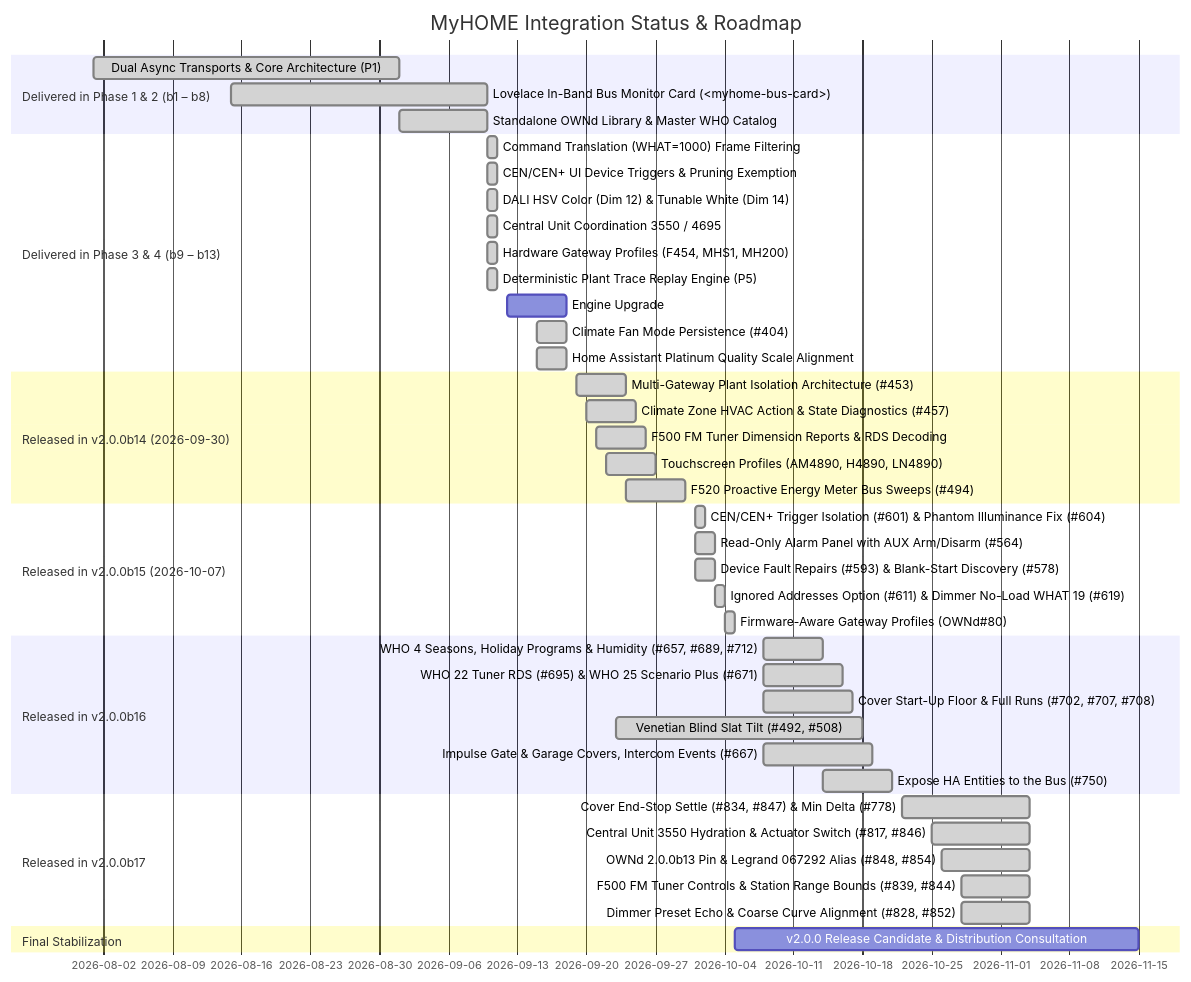
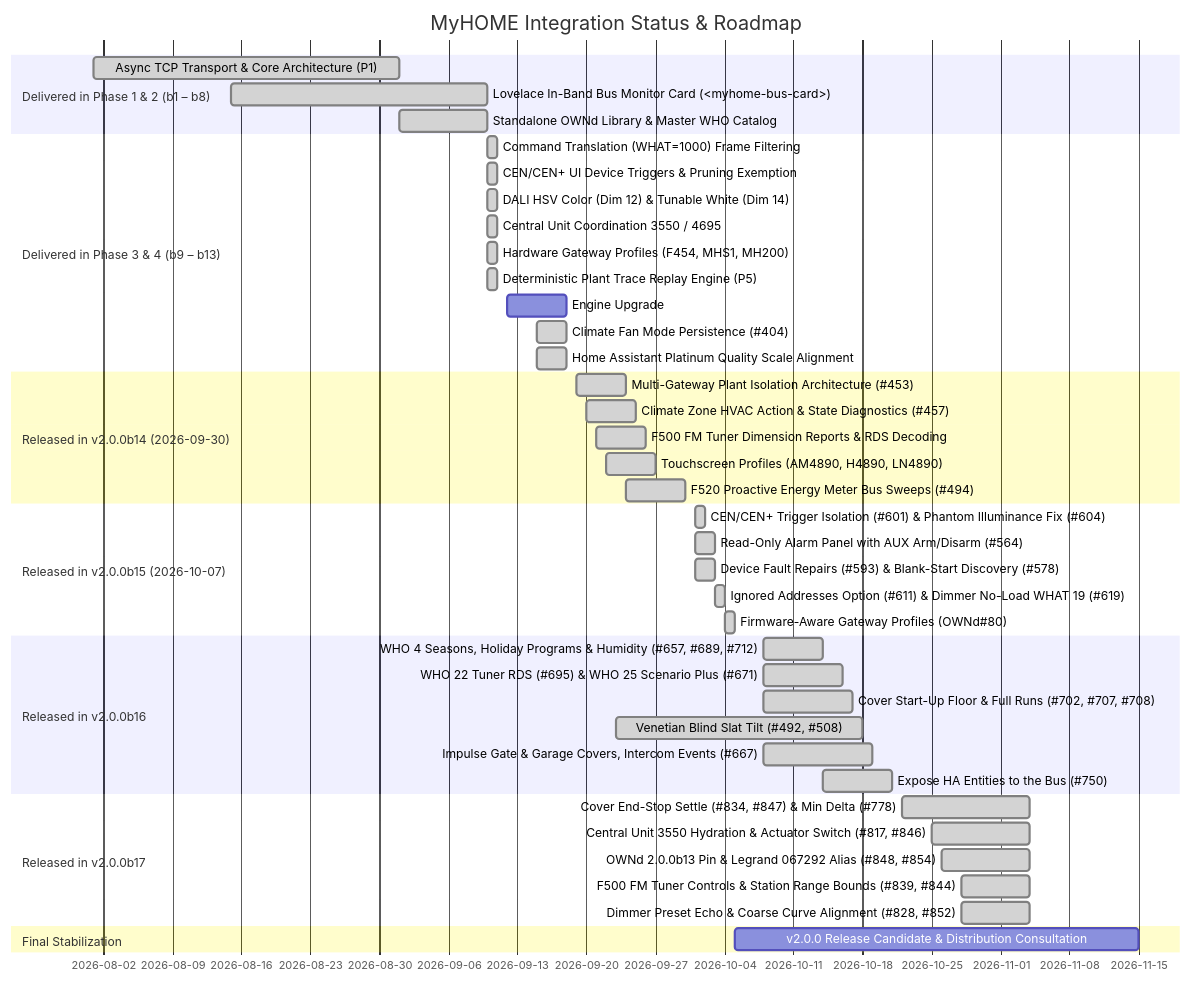
The first of 3 diagrams in docs/roadmap.md (OpenWebNet-HA/MyHOME), drawn with Mermaid before and after one commit. The commit also changed other lines of this file and 49 other files, not shown here.

````diff
--- a/docs/roadmap.md
+++ b/docs/roadmap.md
@@ -17,46 +17,46 @@
 ```mermaid
 gantt
     title MyHOME Integration Status & Roadmap
     dateFormat  YYYY-MM-DD
     section Delivered in Phase 1 & 2 (b1 – b8)
-    Dual Async Transports & Core Architecture (P1)   :done, 2026-08-01, 2026-09-01
+    Async TCP Transport & Core Architecture (P1)     :done, 2026-08-01, 2026-09-01
     Lovelace In-Band Bus Monitor Card (<myhome-bus-card>) :done, 2026-08-15, 2026-09-10
     Standalone OWNd Library & Master WHO Catalog     :done, 2026-09-01, 2026-09-10
     section Delivered in Phase 3 & 4 (b9 – b13)
     Command Translation (WHAT=1000) Frame Filtering   :done, 2026-09-10, 2026-09-11
     CEN/CEN+ UI Device Triggers & Pruning Exemption  :done, 2026-09-10, 2026-09-11
     DALI HSV Color (Dim 12) & Tunable White (Dim 14) :done, 2026-09-10, 2026-09-11
     Central Unit Coordination 3550 / 4695            :done, 2026-09-10, 2026-09-11
     Hardware Gateway Profiles (F454, MHS1, MH200)   :done, 2026-09-10, 2026-09-11
     Deterministic Plant Trace Replay Engine (P5)     :done, 2026-09-10, 2026-09-11
     Engine Upgrade: OWNd 2.0.0b8 (HMAC SHA-1/SHA-256) :done, 2026-09-12, 2026-09-18
     Climate Fan Mode Persistence (#404)              :done, 2026-09-15, 2026-09-18
     Home Assistant Platinum Quality Scale Alignment  :done, 2026-09-15, 2026-09-18
     section Released in v2.0.0b14 (2026-09-30)
     Multi-Gateway Plant Isolation Architecture (#453) :done, 2026-09-19, 2026-09-24
     Climate Zone HVAC Action & State Diagnostics (#457) :done, 2026-09-20, 2026-09-25
     F500 FM Tuner Dimension Reports & RDS Decoding   :done, 2026-09-21, 2026-09-26
     Touchscreen Profiles (AM4890, H4890, LN4890)     :done, 2026-09-22, 2026-09-27
     F520 Proactive Energy Meter Bus Sweeps (#494)    :done, 2026-09-24, 2026-09-30
     section Released in v2.0.0b15 (2026-10-07)
     CEN/CEN+ Trigger Isolation (#601) & Phantom Illuminance Fix (#604) :done, 2026-10-01, 2026-10-02
     Read-Only Alarm Panel with AUX Arm/Disarm (#564)  :done, 2026-10-01, 2026-10-03
     Device Fault Repairs (#593) & Blank-Start Discovery (#578) :done, 2026-10-01, 2026-10-03
     Ignored Addresses Option (#611) & Dimmer No-Load WHAT 19 (#619) :done, 2026-10-03, 2026-10-04
     Firmware-Aware Gateway Profiles (OWNd#80)         :done, 2026-10-04, 2026-10-05
     section Released in v2.0.0b16
     WHO 4 Seasons, Holiday Programs & Humidity (#657, #689, #712) :done, 2026-10-08, 2026-10-14
     WHO 22 Tuner RDS (#695) & WHO 25 Scenario Plus (#671) :done, 2026-10-08, 2026-10-16
     Cover Start-Up Floor & Full Runs (#702, #707, #708) :done, 2026-10-08, 2026-10-17
     Venetian Blind Slat Tilt (#492, #508)             :done, 2026-09-23, 2026-10-18
     Impulse Gate & Garage Covers, Intercom Events (#667) :done, 2026-10-08, 2026-10-19
     Expose HA Entities to the Bus (#750)              :done, 2026-10-14, 2026-10-21
     section Released in v2.0.0b17
     Cover End-Stop Settle (#834, #847) & Min Delta (#778) :done, 2026-10-22, 2026-11-04
     Central Unit 3550 Hydration & Actuator Switch (#817, #846) :done, 2026-10-25, 2026-11-04
     OWNd 2.0.0b13 Pin & Legrand 067292 Alias (#848, #854) :done, 2026-10-26, 2026-11-04
     F500 FM Tuner Controls & Station Range Bounds (#839, #844) :done, 2026-10-28, 2026-11-04
     Dimmer Preset Echo & Coarse Curve Alignment (#828, #852) :done, 2026-10-28, 2026-11-04
     section Final Stabilization
     v2.0.0 Release Candidate & Distribution Consultation :2026-10-05, 2026-11-15
 ```
````
